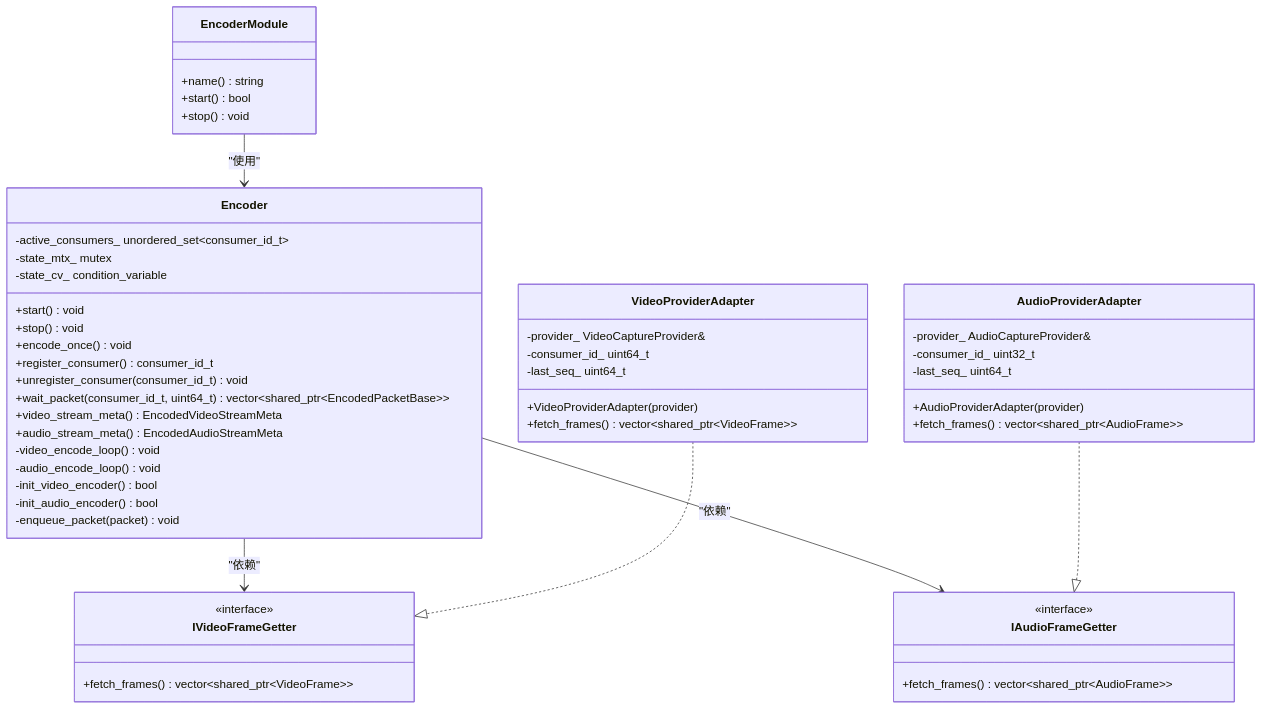
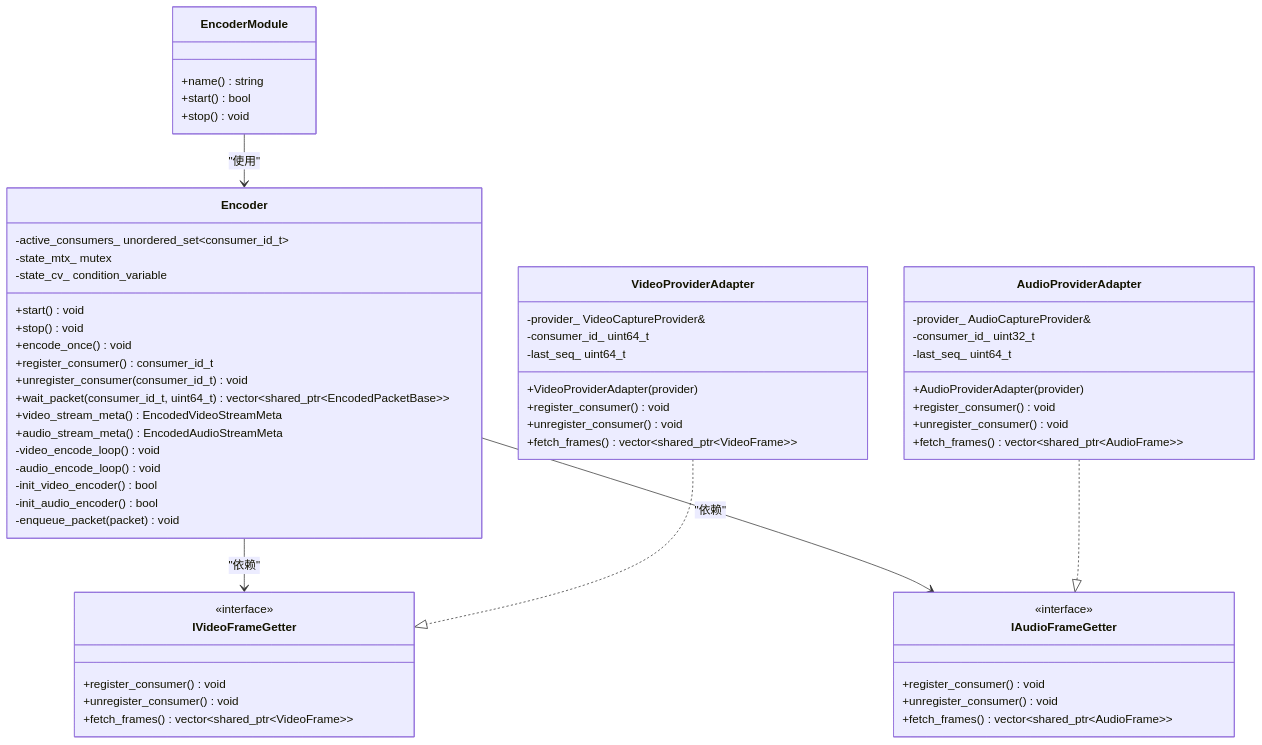
One commit to tsxuehu/pi-guard changed the second of 13 diagrams in .qoder/repowiki/zh/content/C++ 代理程序/处理模块/编码器技术文档.md. Above: the diagram before and after it, drawn with Mermaid. The commit also changed other lines of this file and 10 other files, not shown here.

````diff
--- a/.qoder/repowiki/zh/content/C++ 代理程序/处理模块/编码器技术文档.md
+++ b/.qoder/repowiki/zh/content/C++ 代理程序/处理模块/编码器技术文档.md
@@ -91,53 +94,61 @@
 ```mermaid
 classDiagram
 class Encoder {
 +start() void
 +stop() void
 +encode_once() void
 +register_consumer() consumer_id_t
 +unregister_consumer(consumer_id_t) void
 +wait_packet(consumer_id_t, uint64_t) vector~shared_ptr~EncodedPacketBase~~
 +video_stream_meta() EncodedVideoStreamMeta
 +audio_stream_meta() EncodedAudioStreamMeta
 -video_encode_loop() void
 -audio_encode_loop() void
 -init_video_encoder() bool
 -init_audio_encoder() bool
 -enqueue_packet(packet) void
 -active_consumers_ unordered_set~consumer_id_t~
 -state_mtx_ mutex
 -state_cv_ condition_variable
 }
 class IVideoFrameGetter {
 <<interface>>
++register_consumer() void
++unregister_consumer() void
 +fetch_frames() vector~shared_ptr~VideoFrame~~
 }
 class IAudioFrameGetter {
 <<interface>>
++register_consumer() void
++unregister_consumer() void
 +fetch_frames() vector~shared_ptr~AudioFrame~~
 }
 class VideoProviderAdapter {
 +VideoProviderAdapter(provider)
++register_consumer() void
++unregister_consumer() void
 +fetch_frames() vector~shared_ptr~VideoFrame~~
 -provider_ VideoCaptureProvider&
 -consumer_id_ uint64_t
 -last_seq_ uint64_t
 }
 class AudioProviderAdapter {
 +AudioProviderAdapter(provider)
++register_consumer() void
++unregister_consumer() void
 +fetch_frames() vector~shared_ptr~AudioFrame~~
 -provider_ AudioCaptureProvider&
 -consumer_id_ uint32_t
 -last_seq_ uint64_t
 }
 class EncoderModule {
 +name() string
 +start() bool
 +stop() void
 }
 Encoder --> IVideoFrameGetter : "依赖"
 Encoder --> IAudioFrameGetter : "依赖"
 VideoProviderAdapter ..|> IVideoFrameGetter
 AudioProviderAdapter ..|> IAudioFrameGetter
 EncoderModule --> Encoder : "使用"
 ```
````
